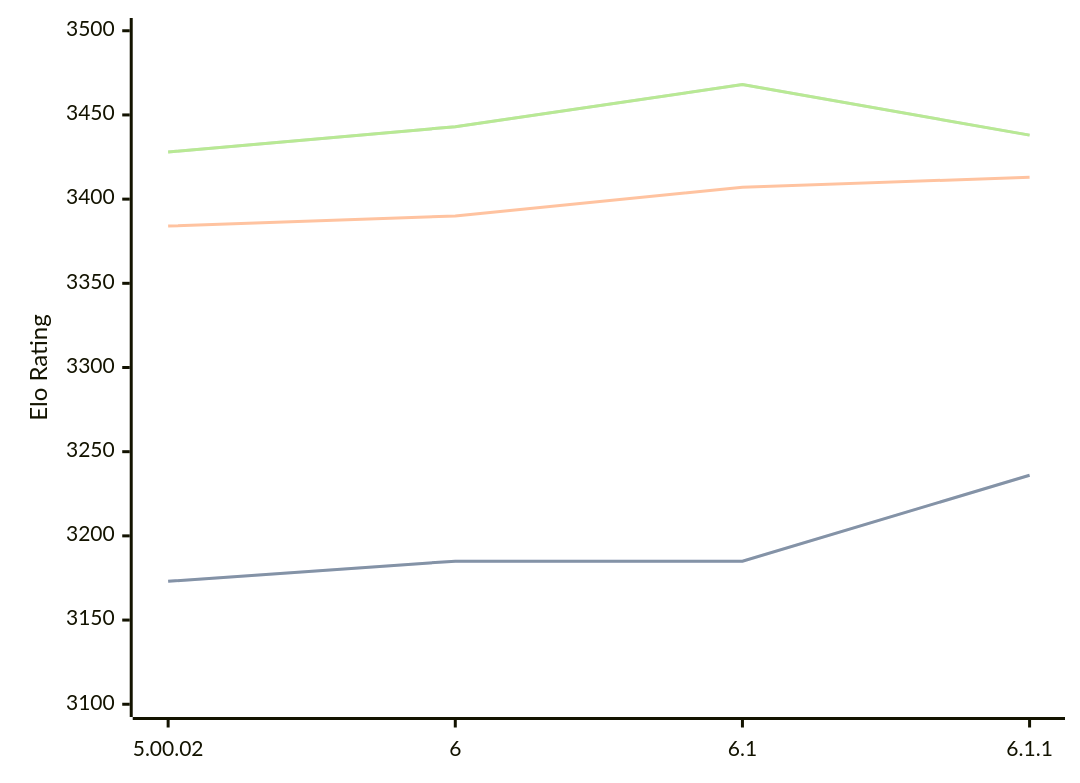
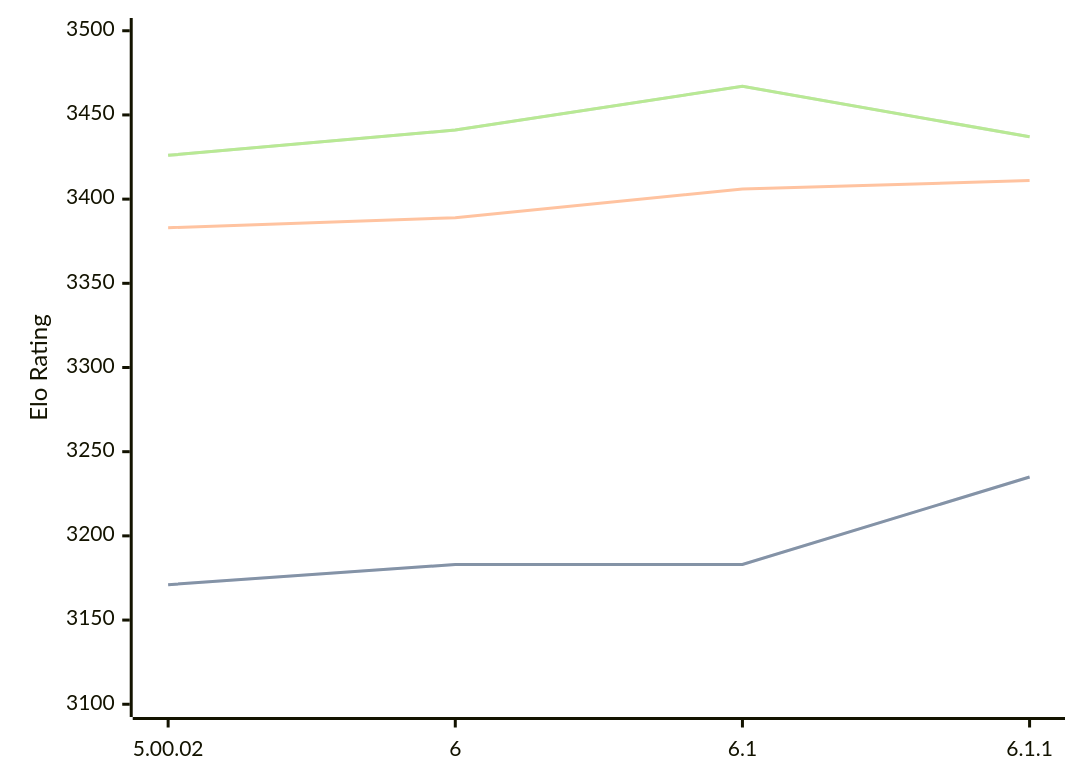
The diagram in engines/Zangdar.md (computer-chess-index/cci), drawn with Mermaid before and after one commit. The commit also changed other lines of this file, not shown here.

Commit message:
Update CCI Ratings (ELO VLTC) - 2026-04-26

````diff
--- a/engines/Zangdar.md
+++ b/engines/Zangdar.md
@@ -46,11 +46,11 @@
 ```mermaid
 %%{init: {"theme":"base","themeVariables":{"seriesColors:['#a3a3a3','#222221','#faa371']}}}%%
 xychart-beta
   x-axis ["5.00.02", "6", "6.1", "6.1.1"]
   y-axis "Elo Rating" 3100 --> 3500
-  line "STC (8.0+0.08s)" [3173, 3185, 3185, 3236]
-  line "STC (8.0+0.08s)" [3173, 3185, 3185, 3236]
-  line "LTC (60.0+0.60s)" [3384, 3390, 3407, 3413]
-  line "VLTC (2m24s+1.12s)" [3428, 3443, 3468, 3438]
-  line "VLTC (2m24s+1.12s)" [3428, 3443, 3468, 3438]
+  line "STC (8.0+0.08s)" [3171, 3183, 3183, 3235]
+  line "STC (8.0+0.08s)" [3171, 3183, 3183, 3235]
+  line "LTC (60.0+0.60s)" [3383, 3389, 3406, 3411]
+  line "VLTC (2m24s+1.12s)" [3426, 3441, 3467, 3437]
+  line "VLTC (2m24s+1.12s)" [3426, 3441, 3467, 3437]
 ```
````
